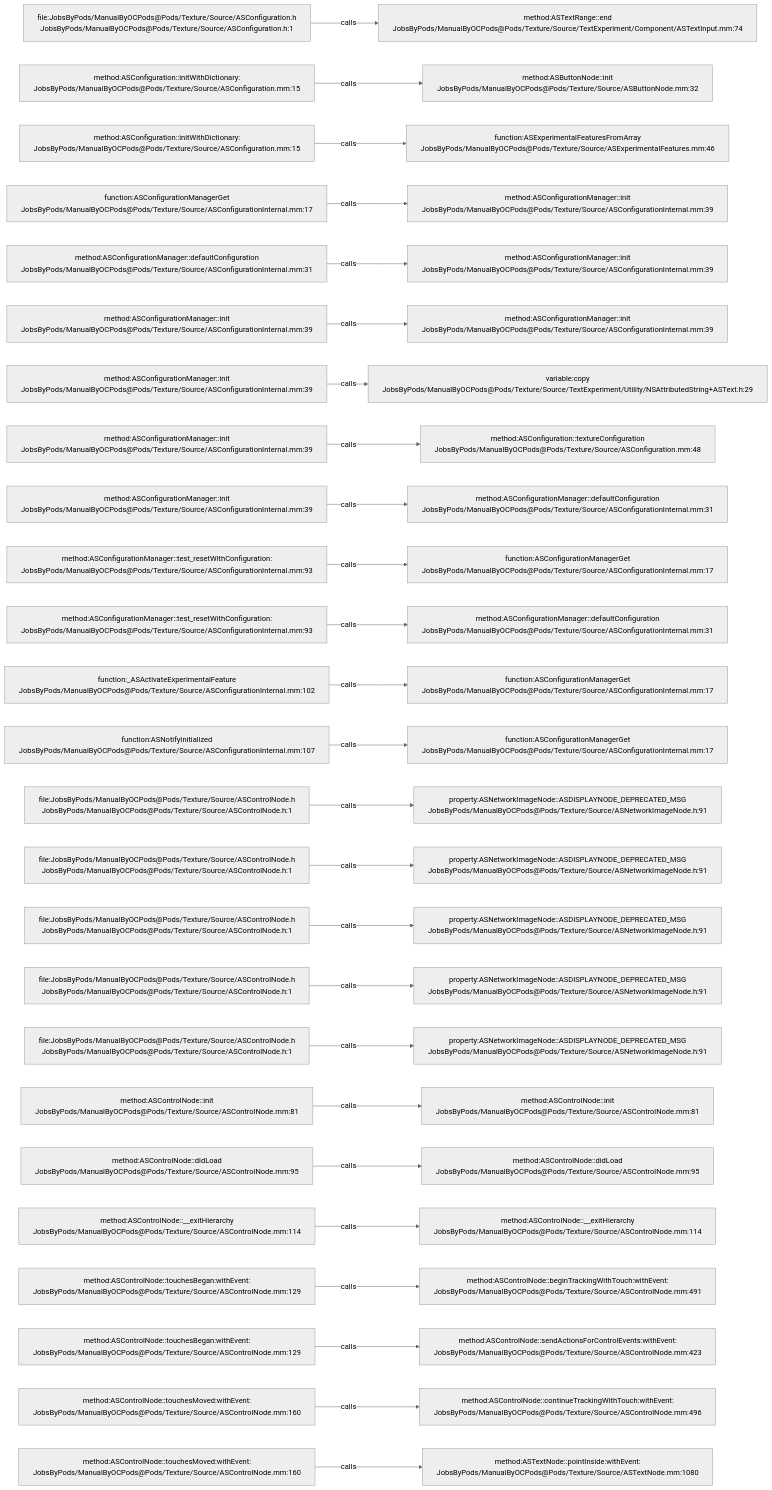
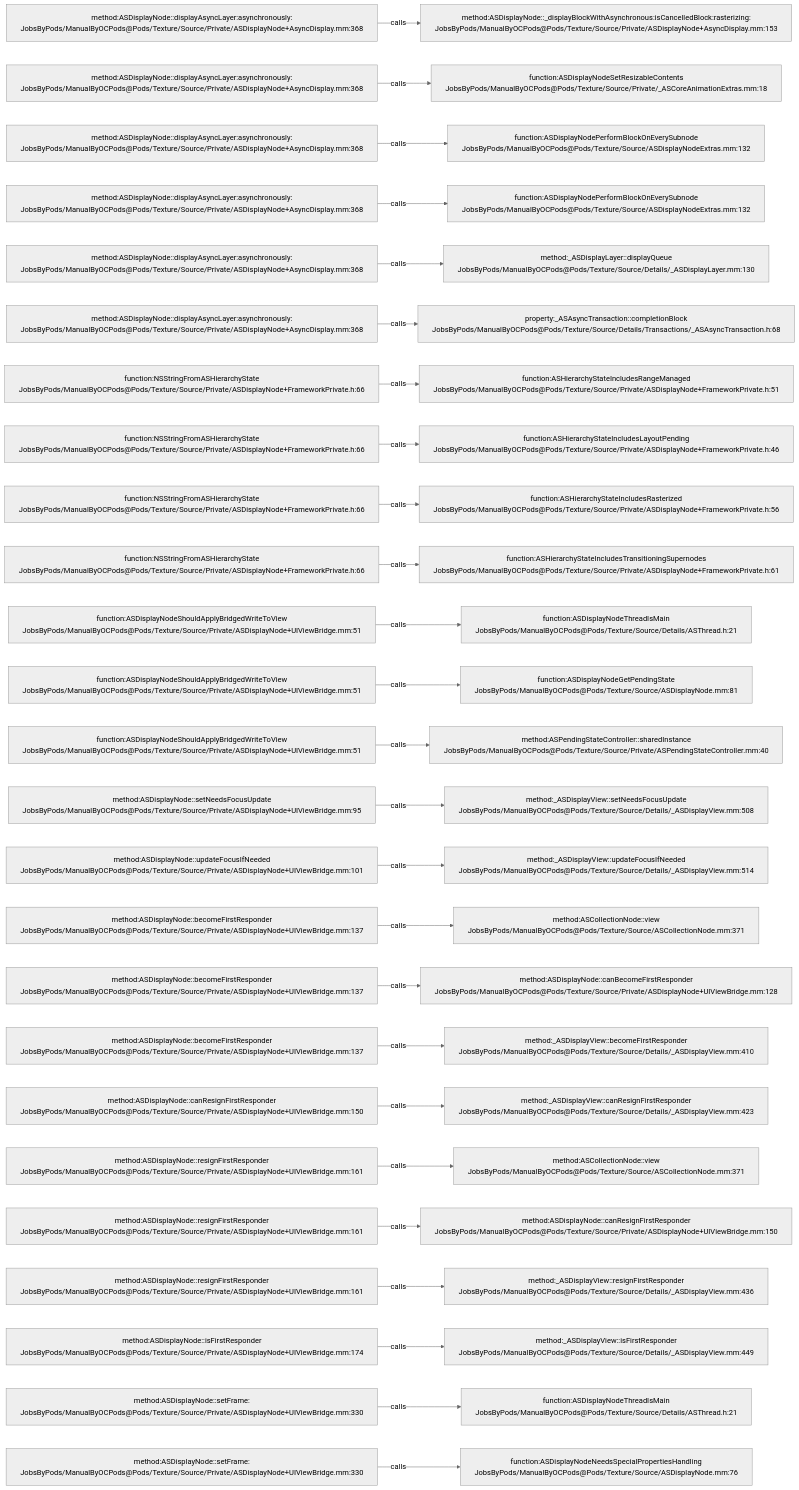
Before and after one commit to JobsKits/JobsOCBaseConfigDemo: the diagram in .codegraph/codegraph.md/graphs/calls-195.md, drawn with Mermaid (neutral theme). The commit also changed 2162 other files, not shown here.

````diff
--- a/.codegraph/codegraph.md/graphs/calls-195.md
+++ b/.codegraph/codegraph.md/graphs/calls-195.md
@@ -13,78 +13,78 @@
 ```mermaid
 flowchart LR
-  S1["file:JobsByPods/ManualByOCPods@Pods/Texture/Source/ASConfiguration.h<br/>JobsByPods/ManualByOCPods@Pods/Texture/Source/ASConfiguration.h:1"]
-  T1["method:ASTextRange::end<br/>JobsByPods/ManualByOCPods@Pods/Texture/Source/TextExperiment/Component/ASTextInput.mm:74"]
+  S1["method:ASDisplayNode::displayAsyncLayer:asynchronously:<br/>JobsByPods/ManualByOCPods@Pods/Texture/Source/Private/ASDisplayNode+AsyncDisplay.mm:368"]
+  T1["method:ASDisplayNode::_displayBlockWithAsynchronous:isCancelledBlock:rasterizing:<br/>JobsByPods/ManualByOCPods@Pods/Texture/Source/Private/ASDisplayNode+AsyncDisplay.mm:153"]
   S1 -->|calls| T1
-  S2["method:ASConfiguration::initWithDictionary:<br/>JobsByPods/ManualByOCPods@Pods/Texture/Source/ASConfiguration.mm:15"]
-  T2["method:ASButtonNode::init<br/>JobsByPods/ManualByOCPods@Pods/Texture/Source/ASButtonNode.mm:32"]
+  S2["method:ASDisplayNode::displayAsyncLayer:asynchronously:<br/>JobsByPods/ManualByOCPods@Pods/Texture/Source/Private/ASDisplayNode+AsyncDisplay.mm:368"]
+  T2["function:ASDisplayNodeSetResizableContents<br/>JobsByPods/ManualByOCPods@Pods/Texture/Source/Private/_ASCoreAnimationExtras.mm:18"]
   S2 -->|calls| T2
-  S3["method:ASConfiguration::initWithDictionary:<br/>JobsByPods/ManualByOCPods@Pods/Texture/Source/ASConfiguration.mm:15"]
-  T3["function:ASExperimentalFeaturesFromArray<br/>JobsByPods/ManualByOCPods@Pods/Texture/Source/ASExperimentalFeatures.mm:46"]
+  S3["method:ASDisplayNode::displayAsyncLayer:asynchronously:<br/>JobsByPods/ManualByOCPods@Pods/Texture/Source/Private/ASDisplayNode+AsyncDisplay.mm:368"]
+  T3["function:ASDisplayNodePerformBlockOnEverySubnode<br/>JobsByPods/ManualByOCPods@Pods/Texture/Source/ASDisplayNodeExtras.mm:132"]
   S3 -->|calls| T3
-  S4["function:ASConfigurationManagerGet<br/>JobsByPods/ManualByOCPods@Pods/Texture/Source/ASConfigurationInternal.mm:17"]
-  T4["method:ASConfigurationManager::init<br/>JobsByPods/ManualByOCPods@Pods/Texture/Source/ASConfigurationInternal.mm:39"]
+  S4["method:ASDisplayNode::displayAsyncLayer:asynchronously:<br/>JobsByPods/ManualByOCPods@Pods/Texture/Source/Private/ASDisplayNode+AsyncDisplay.mm:368"]
+  T4["function:ASDisplayNodePerformBlockOnEverySubnode<br/>JobsByPods/ManualByOCPods@Pods/Texture/Source/ASDisplayNodeExtras.mm:132"]
   S4 -->|calls| T4
-  S5["method:ASConfigurationManager::defaultConfiguration<br/>JobsByPods/ManualByOCPods@Pods/Texture/Source/ASConfigurationInternal.mm:31"]
-  T5["method:ASConfigurationManager::init<br/>JobsByPods/ManualByOCPods@Pods/Texture/Source/ASConfigurationInternal.mm:39"]
+  S5["method:ASDisplayNode::displayAsyncLayer:asynchronously:<br/>JobsByPods/ManualByOCPods@Pods/Texture/Source/Private/ASDisplayNode+AsyncDisplay.mm:368"]
+  T5["method:_ASDisplayLayer::displayQueue<br/>JobsByPods/ManualByOCPods@Pods/Texture/Source/Details/_ASDisplayLayer.mm:130"]
   S5 -->|calls| T5
-  S6["method:ASConfigurationManager::init<br/>JobsByPods/ManualByOCPods@Pods/Texture/Source/ASConfigurationInternal.mm:39"]
-  T6["method:ASConfigurationManager::init<br/>JobsByPods/ManualByOCPods@Pods/Texture/Source/ASConfigurationInternal.mm:39"]
+  S6["method:ASDisplayNode::displayAsyncLayer:asynchronously:<br/>JobsByPods/ManualByOCPods@Pods/Texture/Source/Private/ASDisplayNode+AsyncDisplay.mm:368"]
+  T6["property:_ASAsyncTransaction::completionBlock<br/>JobsByPods/ManualByOCPods@Pods/Texture/Source/Details/Transactions/_ASAsyncTransaction.h:68"]
   S6 -->|calls| T6
-  S7["method:ASConfigurationManager::init<br/>JobsByPods/ManualByOCPods@Pods/Texture/Source/ASConfigurationInternal.mm:39"]
-  T7["variable:copy<br/>JobsByPods/ManualByOCPods@Pods/Texture/Source/TextExperiment/Utility/NSAttributedString+ASText.h:29"]
+  S7["function:NSStringFromASHierarchyState<br/>JobsByPods/ManualByOCPods@Pods/Texture/Source/Private/ASDisplayNode+FrameworkPrivate.h:66"]
+  T7["function:ASHierarchyStateIncludesRangeManaged<br/>JobsByPods/ManualByOCPods@Pods/Texture/Source/Private/ASDisplayNode+FrameworkPrivate.h:51"]
   S7 -->|calls| T7
-  S8["method:ASConfigurationManager::init<br/>JobsByPods/ManualByOCPods@Pods/Texture/Source/ASConfigurationInternal.mm:39"]
-  T8["method:ASConfiguration::textureConfiguration<br/>JobsByPods/ManualByOCPods@Pods/Texture/Source/ASConfiguration.mm:48"]
+  S8["function:NSStringFromASHierarchyState<br/>JobsByPods/ManualByOCPods@Pods/Texture/Source/Private/ASDisplayNode+FrameworkPrivate.h:66"]
+  T8["function:ASHierarchyStateIncludesLayoutPending<br/>JobsByPods/ManualByOCPods@Pods/Texture/Source/Private/ASDisplayNode+FrameworkPrivate.h:46"]
   S8 -->|calls| T8
-  S9["method:ASConfigurationManager::init<br/>JobsByPods/ManualByOCPods@Pods/Texture/Source/ASConfigurationInternal.mm:39"]
-  T9["method:ASConfigurationManager::defaultConfiguration<br/>JobsByPods/ManualByOCPods@Pods/Texture/Source/ASConfigurationInternal.mm:31"]
+  S9["function:NSStringFromASHierarchyState<br/>JobsByPods/ManualByOCPods@Pods/Texture/Source/Private/ASDisplayNode+FrameworkPrivate.h:66"]
+  T9["function:ASHierarchyStateIncludesRasterized<br/>JobsByPods/ManualByOCPods@Pods/Texture/Source/Private/ASDisplayNode+FrameworkPrivate.h:56"]
   S9 -->|calls| T9
-  S10["method:ASConfigurationManager::test_resetWithConfiguration:<br/>JobsByPods/ManualByOCPods@Pods/Texture/Source/ASConfigurationInternal.mm:93"]
-  T10["function:ASConfigurationManagerGet<br/>JobsByPods/ManualByOCPods@Pods/Texture/Source/ASConfigurationInternal.mm:17"]
+  S10["function:NSStringFromASHierarchyState<br/>JobsByPods/ManualByOCPods@Pods/Texture/Source/Private/ASDisplayNode+FrameworkPrivate.h:66"]
+  T10["function:ASHierarchyStateIncludesTransitioningSupernodes<br/>JobsByPods/ManualByOCPods@Pods/Texture/Source/Private/ASDisplayNode+FrameworkPrivate.h:61"]
   S10 -->|calls| T10
-  S11["method:ASConfigurationManager::test_resetWithConfiguration:<br/>JobsByPods/ManualByOCPods@Pods/Texture/Source/ASConfigurationInternal.mm:93"]
-  T11["method:ASConfigurationManager::defaultConfiguration<br/>JobsByPods/ManualByOCPods@Pods/Texture/Source/ASConfigurationInternal.mm:31"]
+  S11["function:ASDisplayNodeShouldApplyBridgedWriteToView<br/>JobsByPods/ManualByOCPods@Pods/Texture/Source/Private/ASDisplayNode+UIViewBridge.mm:51"]
+  T11["function:ASDisplayNodeThreadIsMain<br/>JobsByPods/ManualByOCPods@Pods/Texture/Source/Details/ASThread.h:21"]
   S11 -->|calls| T11
-  S12["function:_ASActivateExperimentalFeature<br/>JobsByPods/ManualByOCPods@Pods/Texture/Source/ASConfigurationInternal.mm:102"]
-  T12["function:ASConfigurationManagerGet<br/>JobsByPods/ManualByOCPods@Pods/Texture/Source/ASConfigurationInternal.mm:17"]
+  S12["function:ASDisplayNodeShouldApplyBridgedWriteToView<br/>JobsByPods/ManualByOCPods@Pods/Texture/Source/Private/ASDisplayNode+UIViewBridge.mm:51"]
+  T12["function:ASDisplayNodeGetPendingState<br/>JobsByPods/ManualByOCPods@Pods/Texture/Source/ASDisplayNode.mm:81"]
   S12 -->|calls| T12
-  S13["function:ASNotifyInitialized<br/>JobsByPods/ManualByOCPods@Pods/Texture/Source/ASConfigurationInternal.mm:107"]
-  T13["function:ASConfigurationManagerGet<br/>JobsByPods/ManualByOCPods@Pods/Texture/Source/ASConfigurationInternal.mm:17"]
+  S13["function:ASDisplayNodeShouldApplyBridgedWriteToView<br/>JobsByPods/ManualByOCPods@Pods/Texture/Source/Private/ASDisplayNode+UIViewBridge.mm:51"]
+  T13["method:ASPendingStateController::sharedInstance<br/>JobsByPods/ManualByOCPods@Pods/Texture/Source/Private/ASPendingStateController.mm:40"]
   S13 -->|calls| T13
-  S14["file:JobsByPods/ManualByOCPods@Pods/Texture/Source/ASControlNode.h<br/>JobsByPods/ManualByOCPods@Pods/Texture/Source/ASControlNode.h:1"]
-  T14["property:ASNetworkImageNode::ASDISPLAYNODE_DEPRECATED_MSG<br/>JobsByPods/ManualByOCPods@Pods/Texture/Source/ASNetworkImageNode.h:91"]
+  S14["method:ASDisplayNode::setNeedsFocusUpdate<br/>JobsByPods/ManualByOCPods@Pods/Texture/Source/Private/ASDisplayNode+UIViewBridge.mm:95"]
+  T14["method:_ASDisplayView::setNeedsFocusUpdate<br/>JobsByPods/ManualByOCPods@Pods/Texture/Source/Details/_ASDisplayView.mm:508"]
   S14 -->|calls| T14
-  S15["file:JobsByPods/ManualByOCPods@Pods/Texture/Source/ASControlNode.h<br/>JobsByPods/ManualByOCPods@Pods/Texture/Source/ASControlNode.h:1"]
-  T15["property:ASNetworkImageNode::ASDISPLAYNODE_DEPRECATED_MSG<br/>JobsByPods/ManualByOCPods@Pods/Texture/Source/ASNetworkImageNode.h:91"]
+  S15["method:ASDisplayNode::updateFocusIfNeeded<br/>JobsByPods/ManualByOCPods@Pods/Texture/Source/Private/ASDisplayNode+UIViewBridge.mm:101"]
+  T15["method:_ASDisplayView::updateFocusIfNeeded<br/>JobsByPods/ManualByOCPods@Pods/Texture/Source/Details/_ASDisplayView.mm:514"]
   S15 -->|calls| T15
-  S16["file:JobsByPods/ManualByOCPods@Pods/Texture/Source/ASControlNode.h<br/>JobsByPods/ManualByOCPods@Pods/Texture/Source/ASControlNode.h:1"]
-  T16["property:ASNetworkImageNode::ASDISPLAYNODE_DEPRECATED_MSG<br/>JobsByPods/ManualByOCPods@Pods/Texture/Source/ASNetworkImageNode.h:91"]
+  S16["method:ASDisplayNode::becomeFirstResponder<br/>JobsByPods/ManualByOCPods@Pods/Texture/Source/Private/ASDisplayNode+UIViewBridge.mm:137"]
+  T16["method:ASCollectionNode::view<br/>JobsByPods/ManualByOCPods@Pods/Texture/Source/ASCollectionNode.mm:371"]
   S16 -->|calls| T16
-  S17["file:JobsByPods/ManualByOCPods@Pods/Texture/Source/ASControlNode.h<br/>JobsByPods/ManualByOCPods@Pods/Texture/Source/ASControlNode.h:1"]
-  T17["property:ASNetworkImageNode::ASDISPLAYNODE_DEPRECATED_MSG<br/>JobsByPods/ManualByOCPods@Pods/Texture/Source/ASNetworkImageNode.h:91"]
+  S17["method:ASDisplayNode::becomeFirstResponder<br/>JobsByPods/ManualByOCPods@Pods/Texture/Source/Private/ASDisplayNode+UIViewBridge.mm:137"]
+  T17["method:ASDisplayNode::canBecomeFirstResponder<br/>JobsByPods/ManualByOCPods@Pods/Texture/Source/Private/ASDisplayNode+UIViewBridge.mm:128"]
   S17 -->|calls| T17
-  S18["file:JobsByPods/ManualByOCPods@Pods/Texture/Source/ASControlNode.h<br/>JobsByPods/ManualByOCPods@Pods/Texture/Source/ASControlNode.h:1"]
-  T18["property:ASNetworkImageNode::ASDISPLAYNODE_DEPRECATED_MSG<br/>JobsByPods/ManualByOCPods@Pods/Texture/Source/ASNetworkImageNode.h:91"]
+  S18["method:ASDisplayNode::becomeFirstResponder<br/>JobsByPods/ManualByOCPods@Pods/Texture/Source/Private/ASDisplayNode+UIViewBridge.mm:137"]
+  T18["method:_ASDisplayView::becomeFirstResponder<br/>JobsByPods/ManualByOCPods@Pods/Texture/Source/Details/_ASDisplayView.mm:410"]
   S18 -->|calls| T18
-  S19["method:ASControlNode::init<br/>JobsByPods/ManualByOCPods@Pods/Texture/Source/ASControlNode.mm:81"]
-  T19["method:ASControlNode::init<br/>JobsByPods/ManualByOCPods@Pods/Texture/Source/ASControlNode.mm:81"]
+  S19["method:ASDisplayNode::canResignFirstResponder<br/>JobsByPods/ManualByOCPods@Pods/Texture/Source/Private/ASDisplayNode+UIViewBridge.mm:150"]
+  T19["method:_ASDisplayView::canResignFirstResponder<br/>JobsByPods/ManualByOCPods@Pods/Texture/Source/Details/_ASDisplayView.mm:423"]
   S19 -->|calls| T19
-  S20["method:ASControlNode::didLoad<br/>JobsByPods/ManualByOCPods@Pods/Texture/Source/ASControlNode.mm:95"]
-  T20["method:ASControlNode::didLoad<br/>JobsByPods/ManualByOCPods@Pods/Texture/Source/ASControlNode.mm:95"]
+  S20["method:ASDisplayNode::resignFirstResponder<br/>JobsByPods/ManualByOCPods@Pods/Texture/Source/Private/ASDisplayNode+UIViewBridge.mm:161"]
+  T20["method:ASCollectionNode::view<br/>JobsByPods/ManualByOCPods@Pods/Texture/Source/ASCollectionNode.mm:371"]
   S20 -->|calls| T20
-  S21["method:ASControlNode::__exitHierarchy<br/>JobsByPods/ManualByOCPods@Pods/Texture/Source/ASControlNode.mm:114"]
-  T21["method:ASControlNode::__exitHierarchy<br/>JobsByPods/ManualByOCPods@Pods/Texture/Source/ASControlNode.mm:114"]
+  S21["method:ASDisplayNode::resignFirstResponder<br/>JobsByPods/ManualByOCPods@Pods/Texture/Source/Private/ASDisplayNode+UIViewBridge.mm:161"]
+  T21["method:ASDisplayNode::canResignFirstResponder<br/>JobsByPods/ManualByOCPods@Pods/Texture/Source/Private/ASDisplayNode+UIViewBridge.mm:150"]
   S21 -->|calls| T21
-  S22["method:ASControlNode::touchesBegan:withEvent:<br/>JobsByPods/ManualByOCPods@Pods/Texture/Source/ASControlNode.mm:129"]
-  T22["method:ASControlNode::beginTrackingWithTouch:withEvent:<br/>JobsByPods/ManualByOCPods@Pods/Texture/Source/ASControlNode.mm:491"]
+  S22["method:ASDisplayNode::resignFirstResponder<br/>JobsByPods/ManualByOCPods@Pods/Texture/Source/Private/ASDisplayNode+UIViewBridge.mm:161"]
+  T22["method:_ASDisplayView::resignFirstResponder<br/>JobsByPods/ManualByOCPods@Pods/Texture/Source/Details/_ASDisplayView.mm:436"]
   S22 -->|calls| T22
-  S23["method:ASControlNode::touchesBegan:withEvent:<br/>JobsByPods/ManualByOCPods@Pods/Texture/Source/ASControlNode.mm:129"]
-  T23["method:ASControlNode::sendActionsForControlEvents:withEvent:<br/>JobsByPods/ManualByOCPods@Pods/Texture/Source/ASControlNode.mm:423"]
+  S23["method:ASDisplayNode::isFirstResponder<br/>JobsByPods/ManualByOCPods@Pods/Texture/Source/Private/ASDisplayNode+UIViewBridge.mm:174"]
+  T23["method:_ASDisplayView::isFirstResponder<br/>JobsByPods/ManualByOCPods@Pods/Texture/Source/Details/_ASDisplayView.mm:449"]
   S23 -->|calls| T23
-  S24["method:ASControlNode::touchesMoved:withEvent:<br/>JobsByPods/ManualByOCPods@Pods/Texture/Source/ASControlNode.mm:160"]
-  T24["method:ASControlNode::continueTrackingWithTouch:withEvent:<br/>JobsByPods/ManualByOCPods@Pods/Texture/Source/ASControlNode.mm:496"]
+  S24["method:ASDisplayNode::setFrame:<br/>JobsByPods/ManualByOCPods@Pods/Texture/Source/Private/ASDisplayNode+UIViewBridge.mm:330"]
+  T24["function:ASDisplayNodeThreadIsMain<br/>JobsByPods/ManualByOCPods@Pods/Texture/Source/Details/ASThread.h:21"]
   S24 -->|calls| T24
-  S25["method:ASControlNode::touchesMoved:withEvent:<br/>JobsByPods/ManualByOCPods@Pods/Texture/Source/ASControlNode.mm:160"]
-  T25["method:ASTextNode::pointInside:withEvent:<br/>JobsByPods/ManualByOCPods@Pods/Texture/Source/ASTextNode.mm:1080"]
+  S25["method:ASDisplayNode::setFrame:<br/>JobsByPods/ManualByOCPods@Pods/Texture/Source/Private/ASDisplayNode+UIViewBridge.mm:330"]
+  T25["function:ASDisplayNodeNeedsSpecialPropertiesHandling<br/>JobsByPods/ManualByOCPods@Pods/Texture/Source/ASDisplayNode.mm:76"]
   S25 -->|calls| T25
 ```
````
